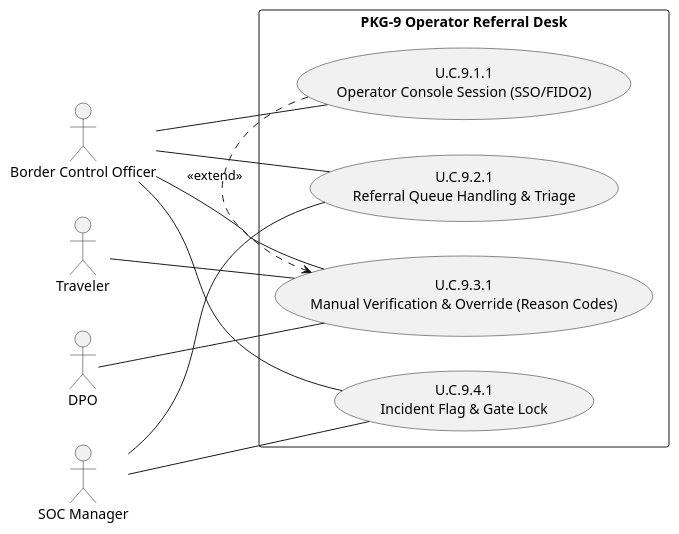
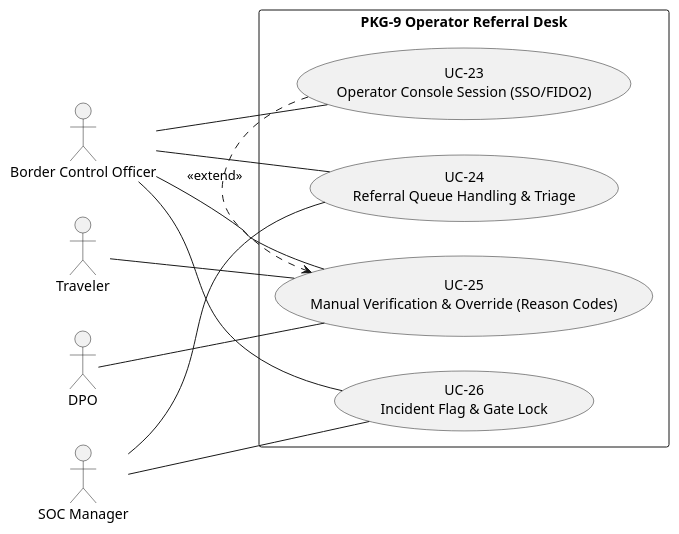
Before and after one commit to pauloribeiro16/Methodology_compact: the third of 6 diagrams in 02_CASES/Case_02_SecureBorder_Solutions/03_PHASE3_DECOMPOSITION/annexes/A_Use_Case_Diagrams.md, drawn with PlantUML. The commit also changed other lines of this file and 22 other files, not shown here.

Commit message:
[EXECUTOR] F3 RENUMBER Case_02: U.C.x flattened → UC-01..36 (compliance 01..15 + product 16..36), two-phase, 12 files, 6 SVGs re-rendered, xlsx regenerated; gates: pre-existing FAILs only, audit 100%, mermaid 192/192, smoke 16/16; 1 missed live ref (Doc23) re-anchored

````diff
--- a/02_CASES/Case_02_SecureBorder_Solutions/03_PHASE3_DECOMPOSITION/annexes/A_Use_Case_Diagrams.md
+++ b/02_CASES/Case_02_SecureBorder_Solutions/03_PHASE3_DECOMPOSITION/annexes/A_Use_Case_Diagrams.md
@@ -177,24 +182,24 @@
 ```plantuml
 @startuml
 left to right direction
 actor "Border Control Officer" as BCO
 actor "Traveler" as TRV
 actor "SOC Manager" as SOC
 actor "DPO" as DPO
 rectangle "PKG-9 Operator Referral Desk" {
-usecase "U.C.9.1.1\nOperator Console Session (SSO/FIDO2)" as UC911
-usecase "U.C.9.2.1\nReferral Queue Handling & Triage" as UC921
-usecase "U.C.9.3.1\nManual Verification & Override (Reason Codes)" as UC931
-usecase "U.C.9.4.1\nIncident Flag & Gate Lock" as UC941
+usecase "UC-23\nOperator Console Session (SSO/FIDO2)" as UC911
+usecase "UC-24\nReferral Queue Handling & Triage" as UC921
+usecase "UC-25\nManual Verification & Override (Reason Codes)" as UC931
+usecase "UC-26\nIncident Flag & Gate Lock" as UC941
 }
 BCO -- UC911
 BCO -- UC921
 BCO -- UC931
 BCO -- UC941
 TRV -- UC931
 SOC -- UC921
 SOC -- UC941
 DPO -- UC931
 UC911 .> UC931 : <<extend>>
 @enduml
 ```
````
